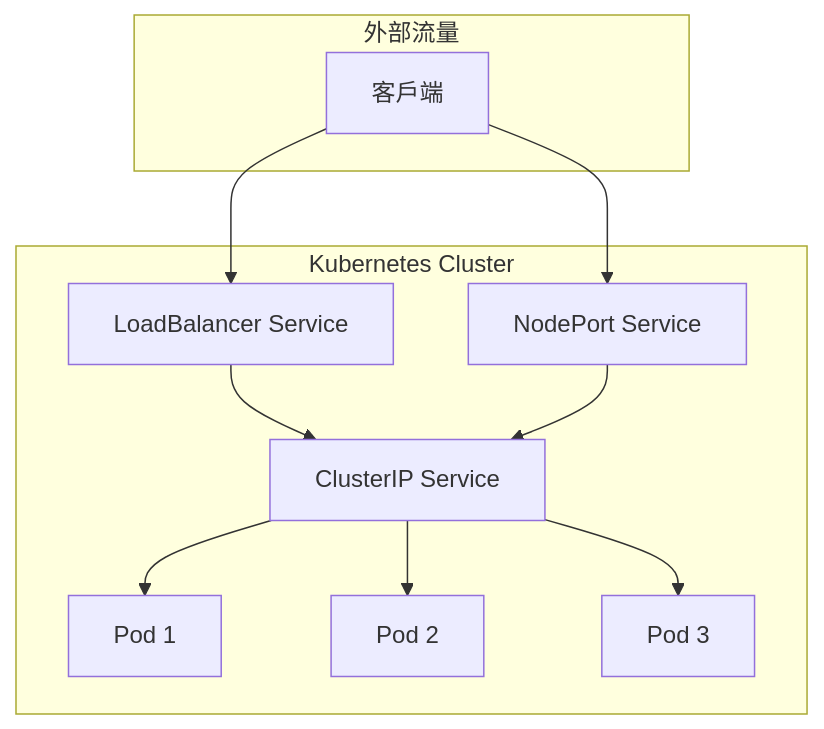
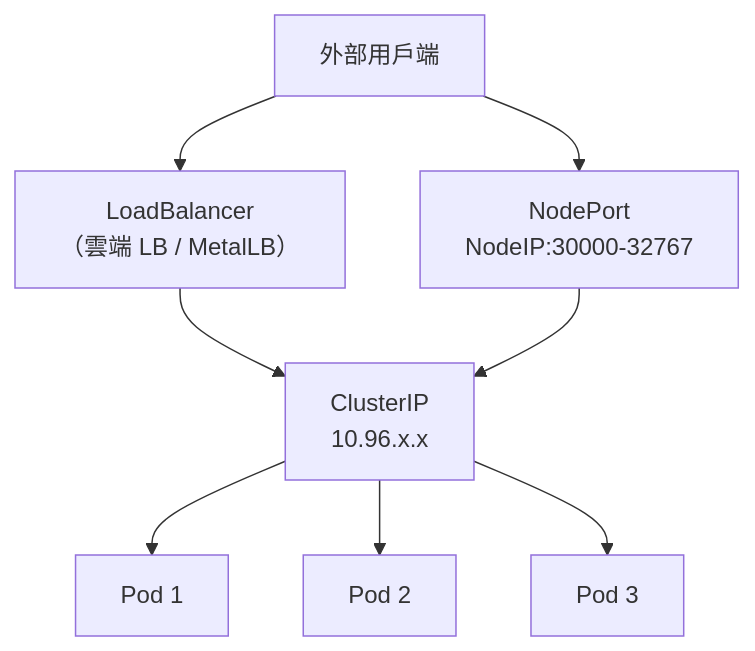
One commit to chihhung/Blog changed diagram 11 of 31 in content/posts/教學/工具/Kubernetes教學手冊.md. Above: the diagram before and after it, drawn with Mermaid. The commit also changed other lines of this file and 8 other files, not shown here.

````diff
--- a/content/posts/教學/工具/Kubernetes教學手冊.md
+++ b/content/posts/教學/工具/Kubernetes教學手冊.md
@@ -719,24 +1756,10 @@
 ```mermaid
 flowchart TB
-    subgraph External["外部流量"]
-        Client[客戶端]
-    end
-    
-    subgraph K8s["Kubernetes Cluster"]
-        LB[LoadBalancer Service]
-        NP[NodePort Service]
-        CIP[ClusterIP Service]
-        
-        P1[Pod 1]
-        P2[Pod 2]
-        P3[Pod 3]
-    end
-    
-    Client --> LB
-    Client --> NP
-    LB --> CIP
+    Client["外部用戶端"] --> LB["LoadBalancer<br/>（雲端 LB / MetalLB）"]
+    Client --> NP["NodePort<br/>NodeIP:30000-32767"]
+    LB --> CIP["ClusterIP<br/>10.96.x.x"]
     NP --> CIP
-    CIP --> P1
-    CIP --> P2
-    CIP --> P3
+    CIP --> P1["Pod 1"]
+    CIP --> P2["Pod 2"]
+    CIP --> P3["Pod 3"]
 ```
````
